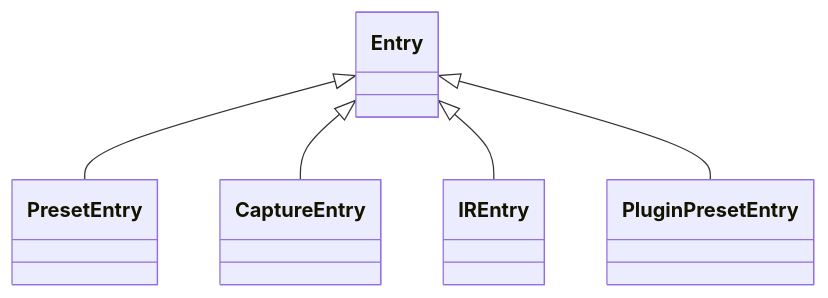
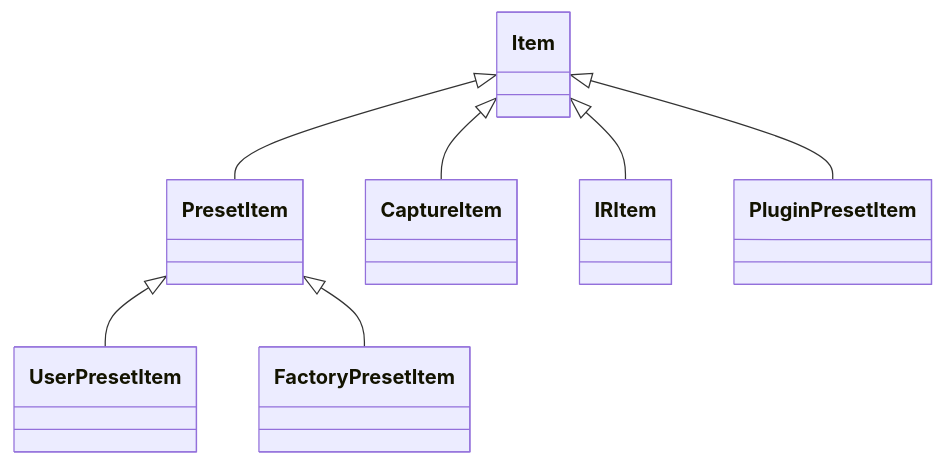
Before and after one commit to stokes-audio/pyquadcortex: the second of 7 diagrams in docs/domain-model.md, drawn with Mermaid. The commit also changed other lines of this file, not shown here.

````diff
--- a/docs/domain-model.md
+++ b/docs/domain-model.md
@@ -139,7 +151,9 @@
 ```mermaid
 classDiagram
-    Entry <|-- PresetEntry
-    Entry <|-- CaptureEntry
-    Entry <|-- IREntry
-    Entry <|-- PluginPresetEntry
+    Item <|-- PresetItem
+    Item <|-- CaptureItem
+    Item <|-- IRItem
+    Item <|-- PluginPresetItem
+    PresetItem <|-- UserPresetItem
+    PresetItem <|-- FactoryPresetItem
 ```
````
